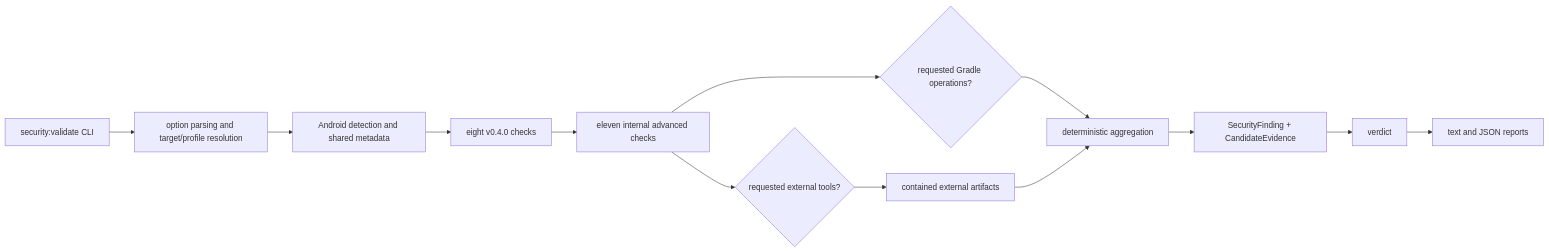
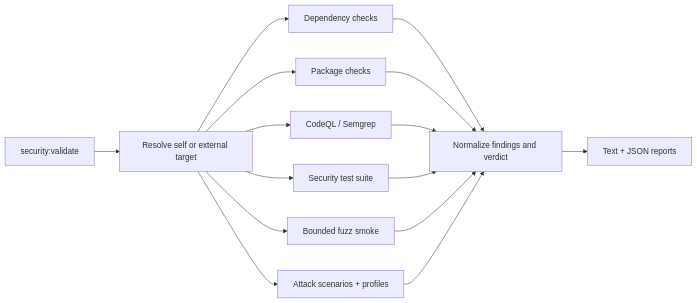
Before and after one commit to dailephd/my-dev-kit-lab: the third of 4 diagrams in docs/ARCHITECTURE.md, drawn with Mermaid. The commit also changed other lines of this file and 11 other files, not shown here.

````diff
--- a/docs/ARCHITECTURE.md
+++ b/docs/ARCHITECTURE.md
@@ -3,15 +128,17 @@
 ```mermaid
 flowchart LR
-  CLI[security:validate CLI] --> Options[option parsing and target/profile resolution]
-  Options --> Detection[Android detection and shared metadata]
-  Detection --> Base[eight v0.4.0 checks]
-  Base --> Advanced[eleven internal advanced checks]
-  Advanced --> Gradle{requested Gradle operations?}
-  Advanced --> Tools{requested external tools?}
-  Gradle --> Aggregate[deterministic aggregation]
-  Tools --> Artifacts[contained external artifacts]
-  Artifacts --> Aggregate
-  Aggregate --> Evidence[SecurityFinding + CandidateEvidence]
-  Evidence --> Verdict[verdict]
-  Verdict --> Reports[text and JSON reports]
+  Command[security:validate] --> Resolve[Resolve self or external target]
+  Resolve --> Deps[Dependency checks]
+  Resolve --> Package[Package checks]
+  Resolve --> Static[CodeQL / Semgrep]
+  Resolve --> CLI[Security test suite]
+  Resolve --> Fuzz[Bounded fuzz smoke]
+  Resolve --> Scenarios[Attack scenarios + profiles]
+  Deps --> Verdict[Normalize findings and verdict]
+  Package --> Verdict
+  Static --> Verdict
+  CLI --> Verdict
+  Fuzz --> Verdict
+  Scenarios --> Verdict
+  Verdict --> Reports[Text + JSON reports]
 ```
````
